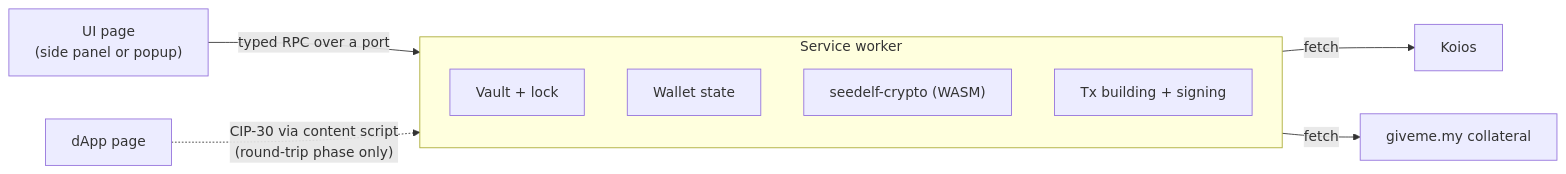
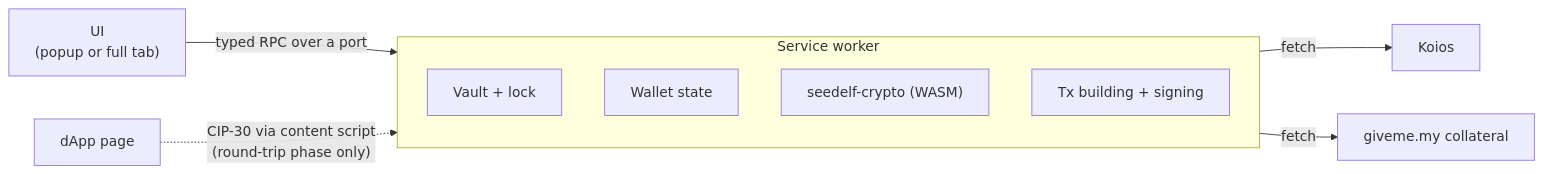
One commit to logical-mechanism/Seedelf-Wallet changed the diagram in seedelf-platform/seedelf-web-wallet/docs/architecture.md. Above: the diagram before and after it, drawn with Mermaid. The commit also changed other lines of this file and 3 other files, not shown here.

````diff
--- a/seedelf-platform/seedelf-web-wallet/docs/architecture.md
+++ b/seedelf-platform/seedelf-web-wallet/docs/architecture.md
@@ -7,13 +7,13 @@
 ```mermaid
 flowchart LR
-  UI["UI page<br/>(side panel or popup)"] -- "typed RPC over a port" --> SW
+  UI["UI<br/>(popup or full tab)"] -- "typed RPC over a port" --> SW
   subgraph SW["Service worker"]
     Vault["Vault + lock"]
     Wallet["Wallet state"]
     Crypto["seedelf-crypto (WASM)"]
     Tx["Tx building + signing"]
   end
   SW -- "fetch" --> Koios["Koios"]
   SW -- "fetch" --> Collat["giveme.my collateral"]
   Page["dApp page"] -. "CIP-30 via content script<br/>(round-trip phase only)" .-> SW
 ```
````
